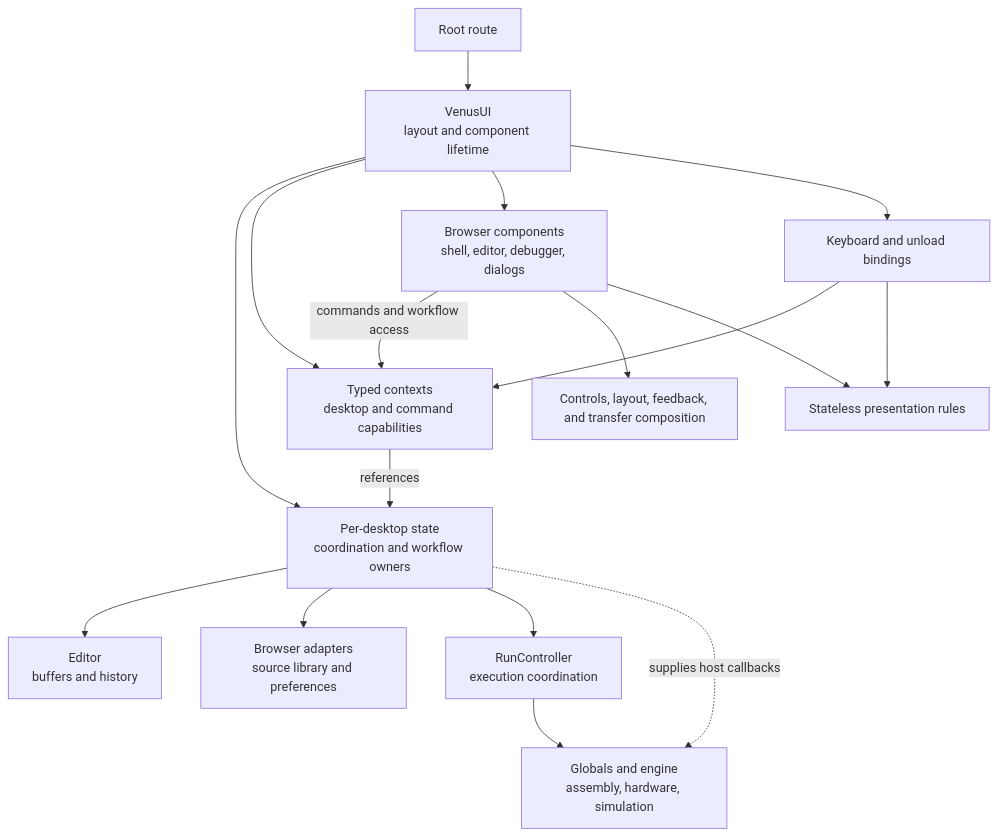
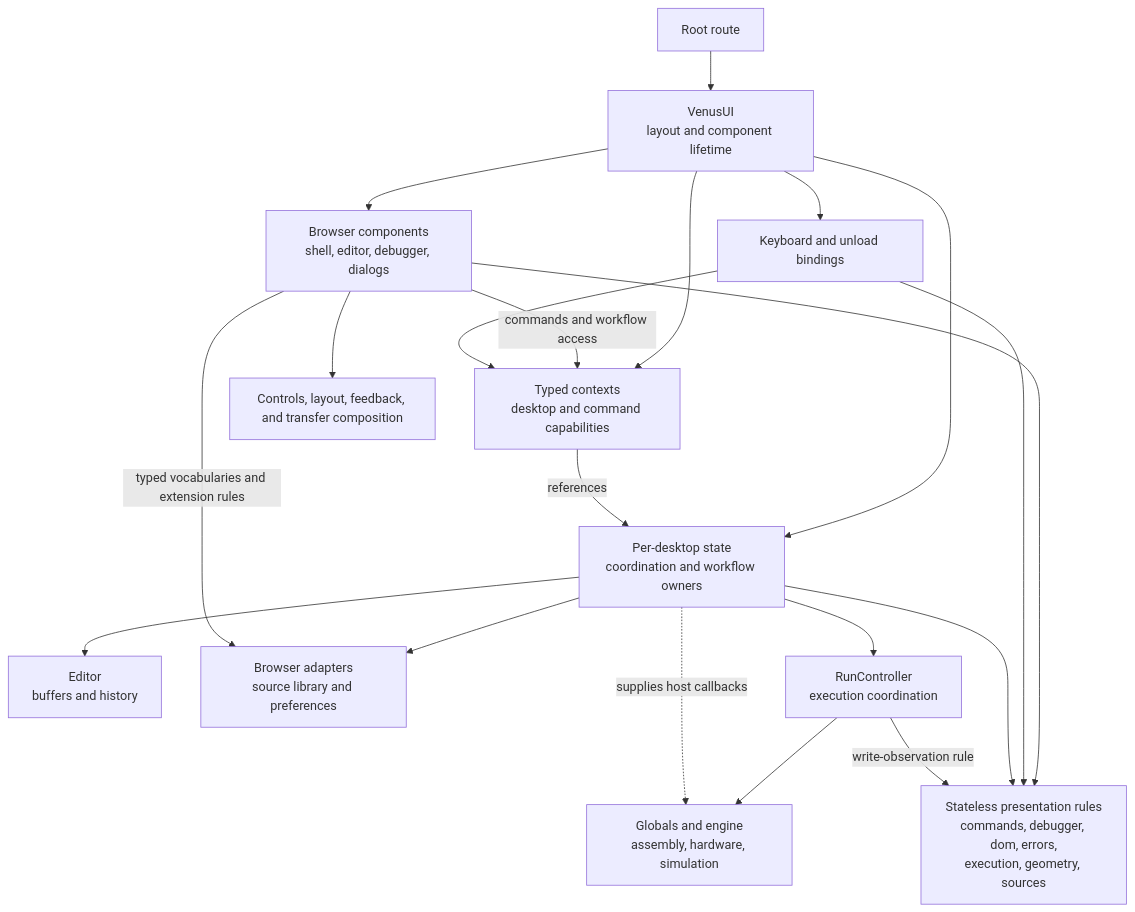
One commit to awpala/MARS-ts changed the first of 2 diagrams in src/lib/venus/README.md. Above: the diagram before and after it, drawn with Mermaid. The commit also changed other lines of this file and 118 other files, not shown here.

````diff
--- a/src/lib/venus/README.md
+++ b/src/lib/venus/README.md
@@ -15,19 +15,22 @@
 ```mermaid
 flowchart TB
     Route["Root route"] --> Root["VenusUI<br/>layout and component lifetime"]
     Root --> State["Per-desktop state<br/>coordination and workflow owners"]
     Root --> Context["Typed contexts<br/>desktop and command capabilities"]
     Context -->|references| State
     Root --> Views["Browser components<br/>shell, editor, debugger, dialogs"]
     Views -->|commands and workflow access| Context
     Views --> Primitives["Controls, layout, feedback, and transfer composition"]
     Root --> Hooks["Keyboard and unload bindings"]
     Hooks --> Context
-    Views --> Utilities["Stateless presentation rules"]
+    Views --> Utilities["Stateless presentation rules<br/>commands, debugger, dom, errors,<br/>execution, geometry, sources"]
     Hooks --> Utilities
+    State --> Utilities
     State --> Editor["Editor<br/>buffers and history"]
     State --> Browser["Browser adapters<br/>source library and preferences"]
+    Views -->|"typed vocabularies and extension rules"| Browser
     State --> Controller["RunController<br/>execution coordination"]
     Controller --> Engine["Globals and engine<br/>assembly, hardware, simulation"]
+    Controller -->|"write-observation rule"| Utilities
     State -.->|supplies host callbacks| Engine
 ```
````
